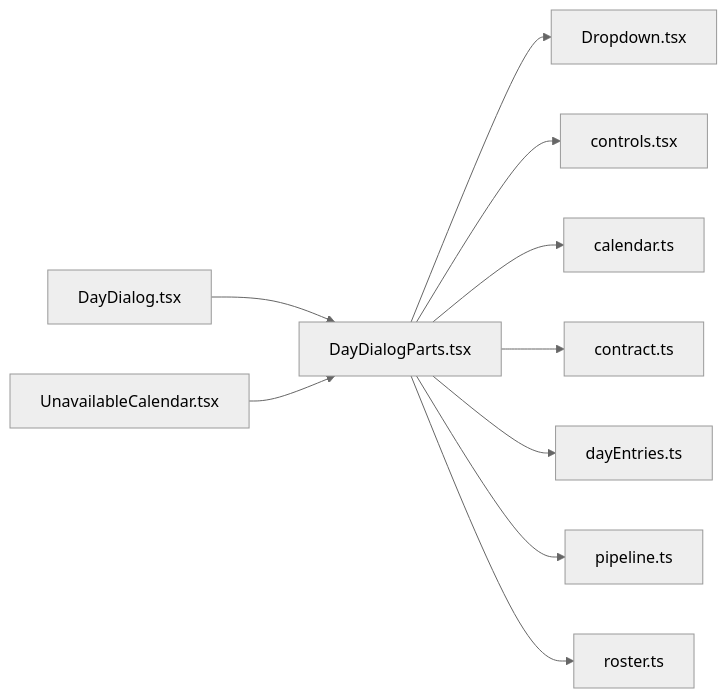
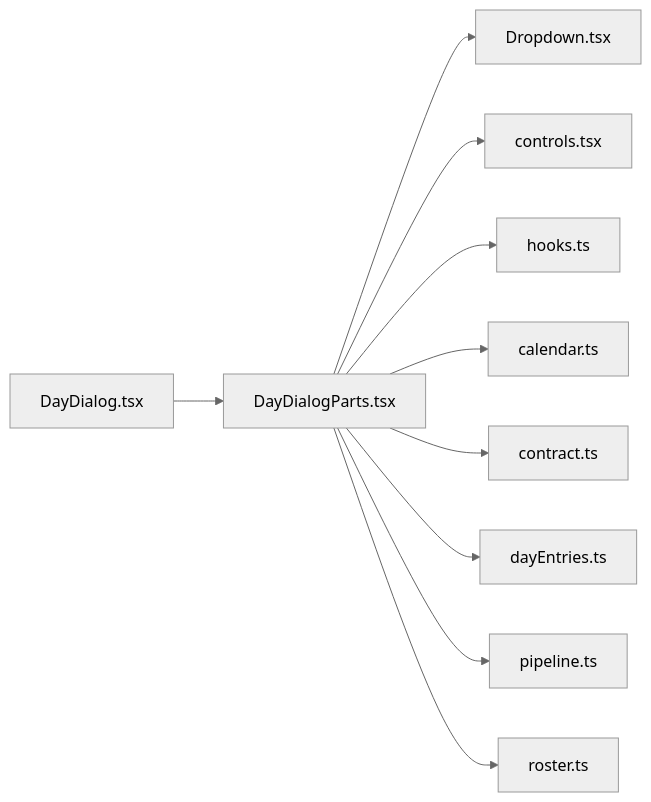
The diagram in .cluedoc/graph/frontend/src/routes/DayDialogParts.md (minkong-dev/Banblit), drawn with Mermaid (neutral theme) before and after one commit. The commit also changed other lines of this file and 49 other files, not shown here.

First line of the commit message:
frontend: move queryKeys, server calls and screen hooks to queries, pipeline and per-screen hooks

````diff
--- a/.cluedoc/graph/frontend/src/routes/DayDialogParts.md
+++ b/.cluedoc/graph/frontend/src/routes/DayDialogParts.md
@@ -10,13 +10,13 @@
 ```mermaid
 flowchart LR
   frontend_src_routes_DayDialogParts["DayDialogParts.tsx"]
   frontend_src_routes_DayDialogParts --> frontend_src_components_Dropdown["Dropdown.tsx"]
   frontend_src_routes_DayDialogParts --> frontend_src_components_controls["controls.tsx"]
+  frontend_src_routes_DayDialogParts --> frontend_src_components_hooks["hooks.ts"]
   frontend_src_routes_DayDialogParts --> frontend_src_lib_calendar["calendar.ts"]
   frontend_src_routes_DayDialogParts --> frontend_src_lib_contract["contract.ts"]
   frontend_src_routes_DayDialogParts --> frontend_src_lib_dayEntries["dayEntries.ts"]
   frontend_src_routes_DayDialogParts --> frontend_src_lib_pipeline["pipeline.ts"]
   frontend_src_routes_DayDialogParts --> frontend_src_lib_roster["roster.ts"]
   frontend_src_routes_DayDialog["DayDialog.tsx"] --> frontend_src_routes_DayDialogParts
-  frontend_src_routes_UnavailableCalendar["UnavailableCalendar.tsx"] --> frontend_src_routes_DayDialogParts
 ```
````
